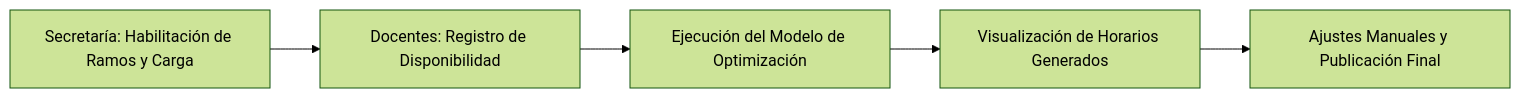
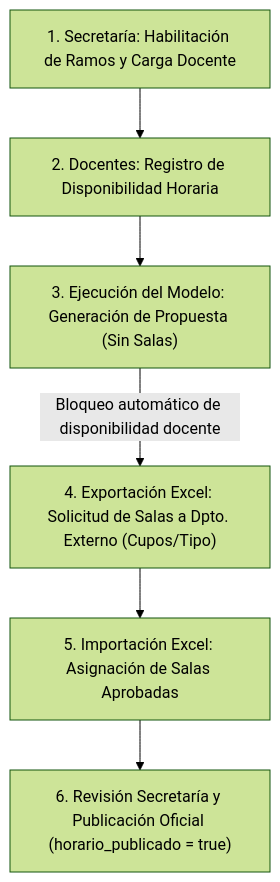
Before and after one commit to VicenteAsmussen/PT-OptimizacionHorarios: the diagram in README.md, drawn with Mermaid (forest theme). The commit also changed other lines of this file and 10 other files, not shown here.

First line of the commit message:
Cambios en disponibilidad, semestre, horario

````diff
--- a/README.md
+++ b/README.md
@@ -25,7 +25,8 @@
 ```mermaid
-flowchart LR
-    A[Secretaría: Habilitación de Ramos y Carga] --> B[Docentes: Registro de Disponibilidad]
-    B --> C[Ejecución del Modelo de Optimización]
-    C --> D[Visualización de Horarios Generados]
-    D --> E[Ajustes Manuales y Publicación Final]
+flowchart TD
+    A["1. Secretaría: Habilitación de Ramos y Carga Docente"] --> B["2. Docentes: Registro de Disponibilidad Horaria"]
+    B --> C["3. Ejecución del Modelo: Generación de Propuesta (Sin Salas)"]
+    C -->|Bloqueo automático de disponibilidad docente| D["4. Exportación Excel: Solicitud de Salas a Dpto. Externo (Cupos/Tipo)"]
+    D --> E["5. Importación Excel: Asignación de Salas Aprobadas"]
+    E --> F["6. Revisión Secretaría y Publicación Oficial (horario_publicado = true)"]
 ```
````
